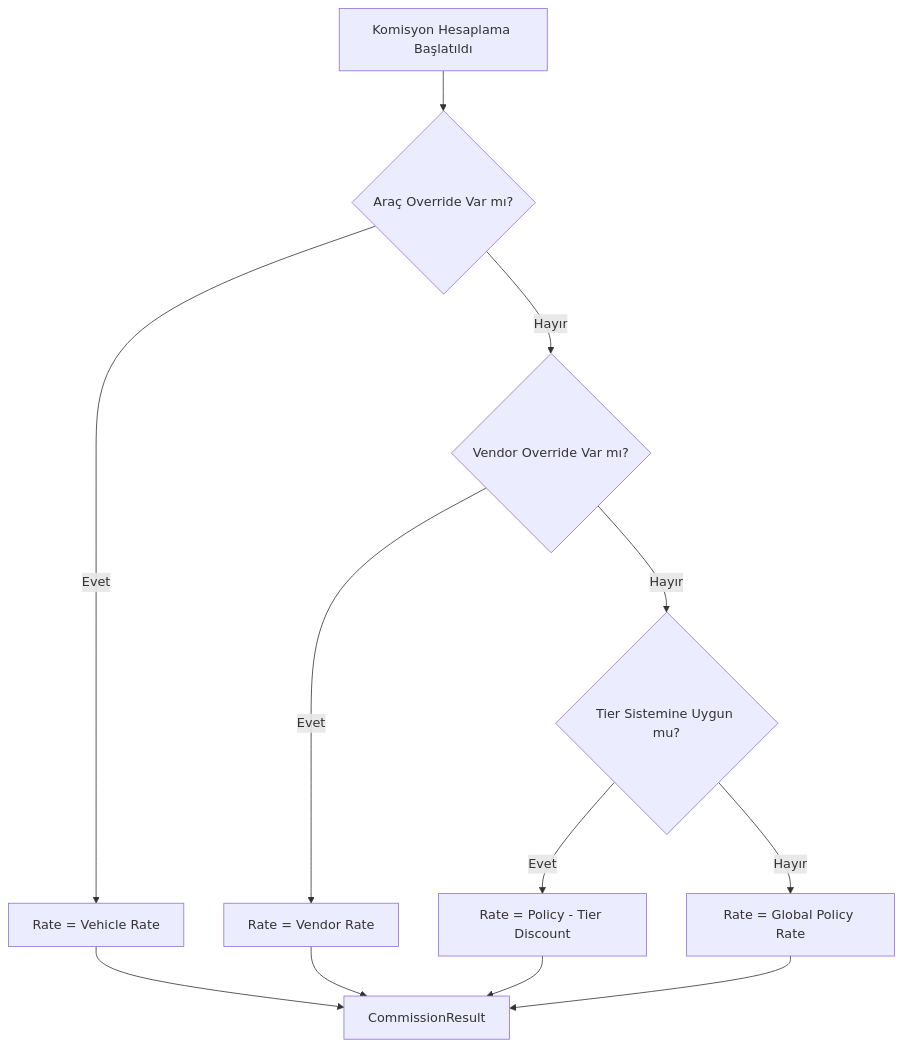
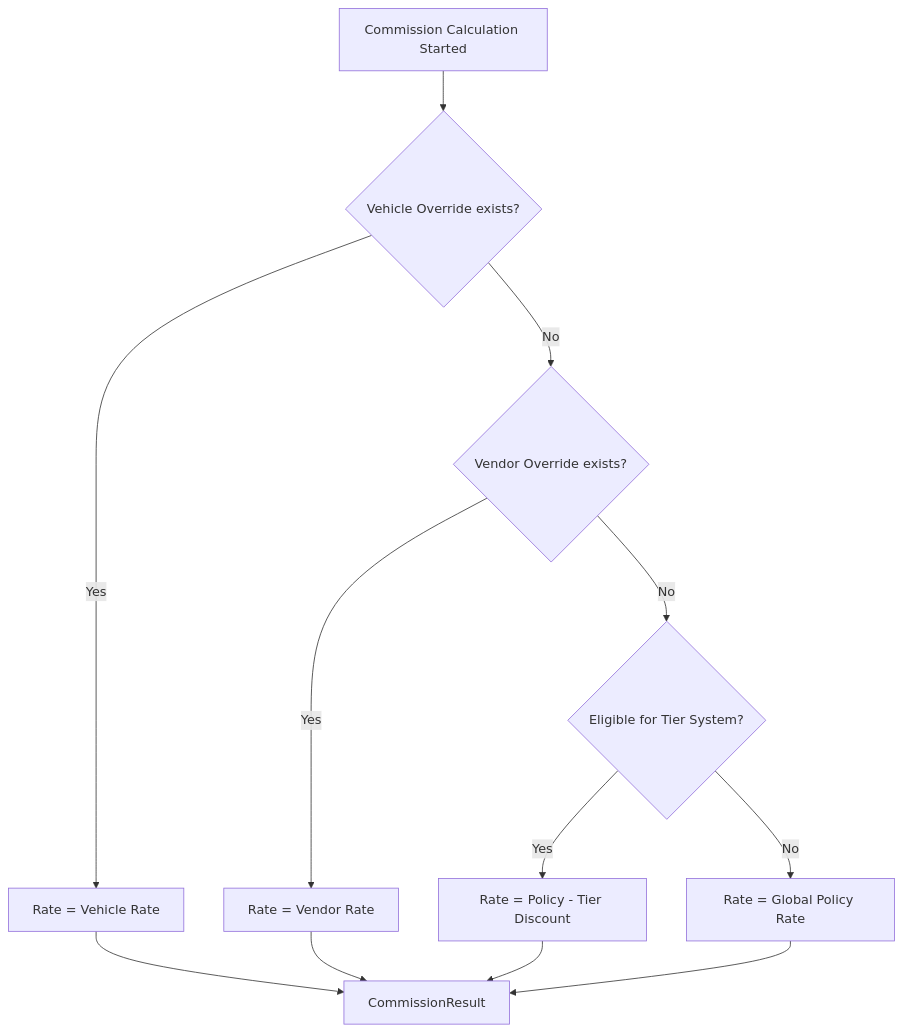
The diagram in docs/04-developer/financial/financial-commission-policy.md (MaxHandMade/mhm-rentiva-docs), drawn with Mermaid before and after one commit. The commit also changed other lines of this file and 347 other files, not shown here.

````diff
--- a/docs/04-developer/financial/financial-commission-policy.md
+++ b/docs/04-developer/financial/financial-commission-policy.md
@@ -33,17 +33,17 @@
 ```mermaid
 graph TD
-    Start[Komisyon Hesaplama Başlatıldı] --> V{Araç Override Var mı?}
-    V -- Evet --> VR[Rate = Vehicle Rate]
-    V -- Hayır --> Vend{Vendor Override Var mı?}
+    Start[Commission Calculation Started] --> V{Vehicle Override exists?}
+    V -- Yes --> VR[Rate = Vehicle Rate]
+    V -- No --> Vend{Vendor Override exists?}
     
-    Vend -- Evet --> VendR[Rate = Vendor Rate]
-    Vend -- Hayır --> Tier{Tier Sistemine Uygun mu?}
+    Vend -- Yes --> VendR[Rate = Vendor Rate]
+    Vend -- No --> Tier{Eligible for Tier System?}
     
-    Tier -- Evet --> TierR[Rate = Policy - Tier Discount]
-    Tier -- Hayır --> GP[Rate = Global Policy Rate]
+    Tier -- Yes --> TierR[Rate = Policy - Tier Discount]
+    Tier -- No --> GP[Rate = Global Policy Rate]
     
     VR --> Result[CommissionResult]
     VendR --> Result
     TierR --> Result
     GP --> Result
 ```
````
